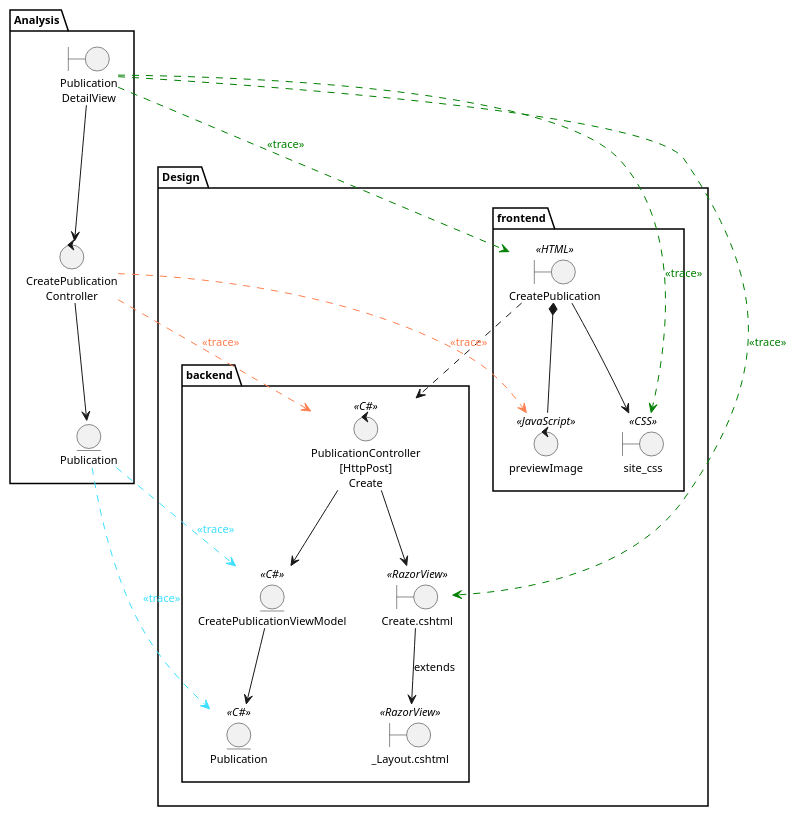
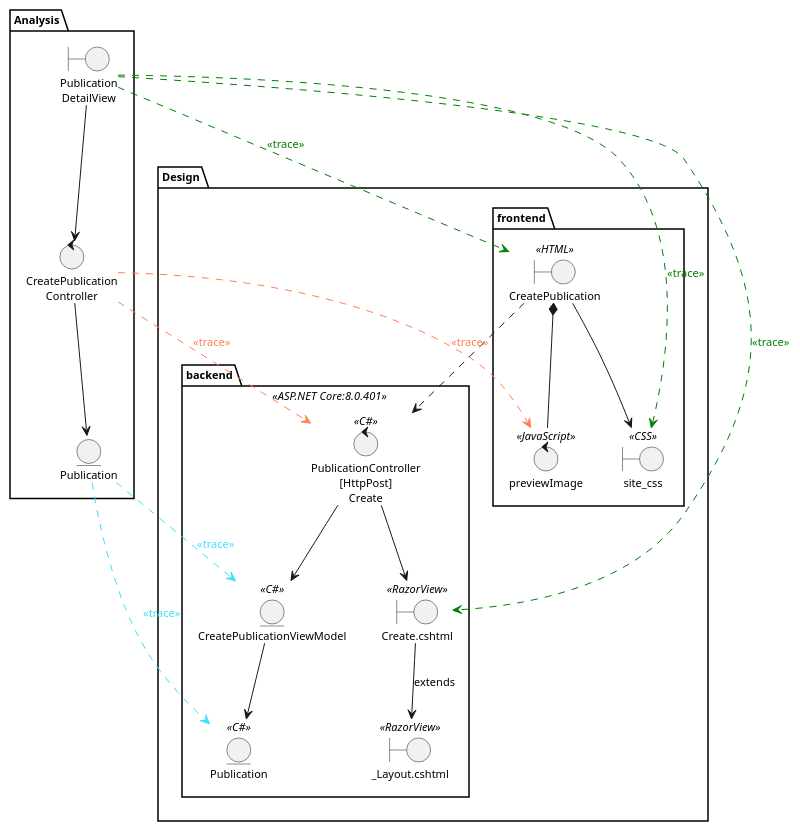
Before and after one commit to mpaulaherrero/tesis-frameworks-backend-diagrams: the diagram in logicalView/designView/ASP.net CORE/usecaseDesign/designClassDiagramUC7TraceAnalisysClass.plantuml, drawn with PlantUML. The commit also changed 1 other file, not shown here.

Commit message:
feat update ASP.NET Core diagram

```diff
--- a/logicalView/designView/ASP.net CORE/usecaseDesign/designClassDiagramUC7TraceAnalisysClass.plantuml
+++ b/logicalView/designView/ASP.net CORE/usecaseDesign/designClassDiagramUC7TraceAnalisysClass.plantuml
@@ -1,51 +1,51 @@
 @startuml
 skinparam style strictuml
 skinparam defaultTextAlignment center
 skinparam defaultFontSize 11
 
 package Analysis {
     boundary "Publication\nDetailView" as PublicationDetailViewAnalysis
     entity "Publication" as PublicationAnalysis
     control "CreatePublication\nController" as CreatePublicationControllerAnalysis
 
     PublicationDetailViewAnalysis --> CreatePublicationControllerAnalysis
     CreatePublicationControllerAnalysis --> PublicationAnalysis
 }
 
 package Design {
-    package backend {
+    package backend <<ASP.NET Core:8.0.401>>{
         boundary "Create.cshtml" as PublicationDetailView << RazorView >>
         boundary "_Layout.cshtml" as mainLayoutProfileView << RazorView >>
         control "PublicationController\n[HttpPost]\nCreate" as CreatePublicationController << C# >>
         entity "CreatePublicationViewModel" << C# >>
         entity "Publication" << C# >>
     }
 
     package frontend {
         boundary "CreatePublication" as PublicationHtml << HTML >>
         boundary "site_css" as outputCss << CSS >>
         control previewImage << JavaScript >>
     }
 
     PublicationHtml -d-> outputCss
     PublicationHtml *-d- previewImage
     PublicationHtml ..> CreatePublicationController
     CreatePublicationController -d-> PublicationDetailView
     PublicationDetailView -d-> mainLayoutProfileView: extends
 
     CreatePublicationController -d-> CreatePublicationViewModel
     CreatePublicationViewModel -d-> Publication
 }
 
 'trace
 PublicationDetailViewAnalysis .[#green]r.> PublicationHtml : <font color=green><<trace>></font>
 PublicationDetailViewAnalysis .[#green].> outputCss : <font color=green><<trace>></font>
 PublicationDetailViewAnalysis .[#green].> PublicationDetailView : <font color=green><<trace>></font>
 
 CreatePublicationControllerAnalysis .[#coral].> CreatePublicationController : <font color=coral><<trace>></font>
 CreatePublicationControllerAnalysis .[#coral].> previewImage : <font color=coral><<trace>></font>
 
 PublicationAnalysis .[#3cdfff].> CreatePublicationViewModel : <font color=3cdfff><<trace>></font>
 PublicationAnalysis .[#3cdfff].> Publication : <font color=3cdfff><<trace>></font>
 
 @enduml
```
